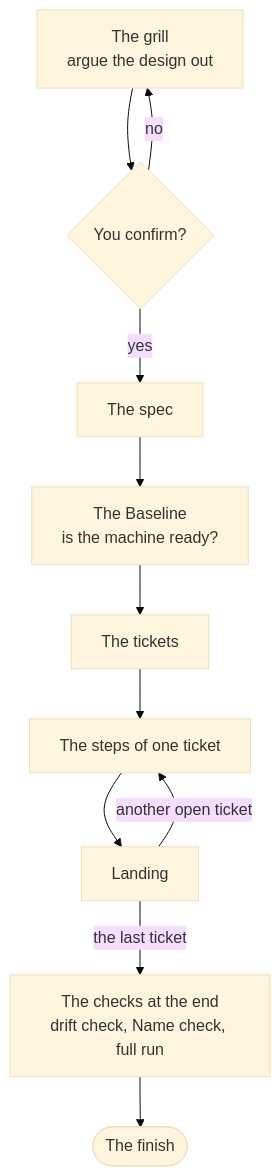
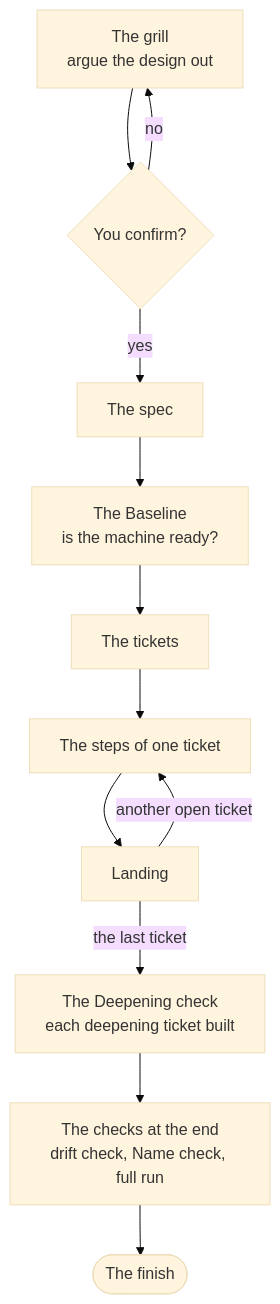
Before and after one commit to MalcolmMcNeely/skillworks: the diagram in docs/usage/the-loop.md, drawn with Mermaid (base theme). The commit also changed other lines of this file and 16 other files, not shown here.

First line of the commit message:
The loop runs the Deepening check and builds each deepening ticket

````diff
--- a/docs/usage/the-loop.md
+++ b/docs/usage/the-loop.md
@@ -11,13 +11,14 @@
 ```mermaid
 flowchart TD
     grill["The grill<br/>argue the design out"] --> gate{"You confirm?"}
     gate -- no --> grill
     gate -- yes --> spec["The spec"]
     spec --> baseline["The Baseline<br/>is the machine ready?"]
     baseline --> tickets["The tickets"]
     tickets --> steps["The steps of one ticket"]
     steps --> land["Landing"]
     land -- "another open ticket" --> steps
-    land -- "the last ticket" --> checks["The checks at the end<br/>drift check, Name check, full run"]
+    land -- "the last ticket" --> deepen["The Deepening check<br/>each deepening ticket built"]
+    deepen --> checks["The checks at the end<br/>drift check, Name check, full run"]
     checks --> finish(["The finish"])
 ```
````
